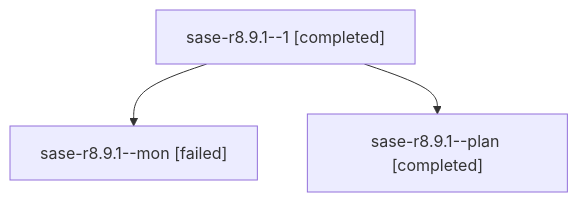
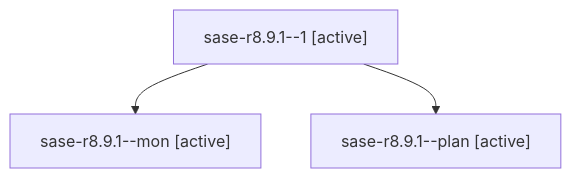
Before and after one commit to sase-org/sase--agents: the diagram in families/bbugyi200.athena.sase-r8.9.1.md, drawn with Mermaid. The commit also changed other lines of this file and 35830 other files, not shown here.

````diff
--- a/families/bbugyi200.athena.sase-r8.9.1.md
+++ b/families/bbugyi200.athena.sase-r8.9.1.md
@@ -9,8 +9,8 @@
 ```mermaid
 flowchart TD
-  n0["sase-r8.9.1--1 [completed]"]
-  n1["sase-r8.9.1--mon [failed]"]
+  n0["sase-r8.9.1--1 [active]"]
+  n1["sase-r8.9.1--mon [active]"]
   n0 --> n1
-  n2["sase-r8.9.1--plan [completed]"]
+  n2["sase-r8.9.1--plan [active]"]
   n0 --> n2
 ```
````
